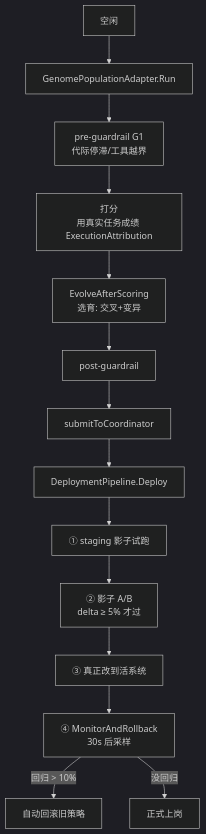
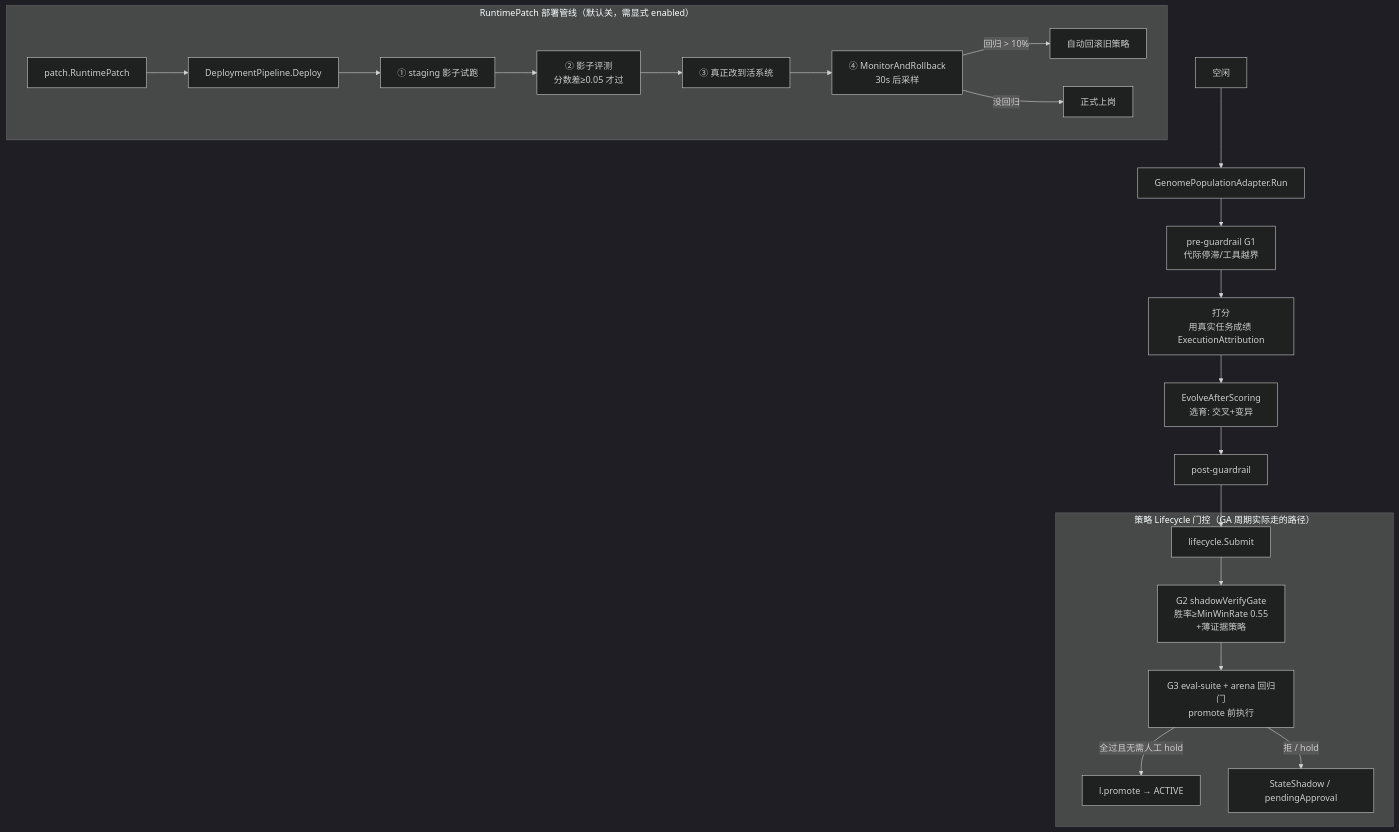
One commit to Timwood0x10/ARES changed diagram 13 of 26 in docs/system-internals.zh.md. Above: the diagram before and after it, drawn with Mermaid (dark theme). The commit also changed other lines of this file and 4 other files, not shown here.

````diff
--- a/docs/system-internals.zh.md
+++ b/docs/system-internals.zh.md
@@ -1238,16 +1414,24 @@
 ```mermaid
 flowchart TD
     idle[空闲] --> run[GenomePopulationAdapter.Run]
     run --> guard1[pre-guardrail G1<br/>代际停滞/工具越界]
     guard1 --> score[打分<br/>用真实任务成绩 ExecutionAttribution]
     score --> breed[EvolveAfterScoring<br/>选育: 交叉+变异]
     breed --> guard2[post-guardrail]
-    guard2 --> submit[submitToCoordinator]
-    submit --> deploy[DeploymentPipeline.Deploy]
-    deploy --> stage[① staging 影子试跑]
-    stage --> aB[② 影子 A/B<br/>delta ≥ 5% 才过]
-    aB --> live[③ 真正改到活系统]
-    live --> monitor[④ MonitorAndRollback<br/>30s 后采样]
-    monitor -->|回归 > 10%| rollback[自动回滚旧策略]
-    monitor -->|没回归| done[正式上岗]
+    guard2 --> submit[lifecycle.Submit]
+    subgraph PathA [策略 Lifecycle 门控（GA 周期实际走的路径）]
+        submit --> g2[G2 shadowVerifyGate<br/>胜率≥MinWinRate 0.55<br/>+薄证据策略]
+        g2 --> g3[G3 eval-suite + arena 回归门<br/>promote 前执行]
+        g3 -->|全过且无需人工 hold| promote[l.promote → ACTIVE]
+        g3 -->|拒 / hold| hold[StateShadow / pendingApproval]
+    end
+    subgraph PathB [RuntimePatch 部署管线（默认关，需显式 enabled）]
+        patch[patch.RuntimePatch] --> deploy[DeploymentPipeline.Deploy]
+        deploy --> stage[① staging 影子试跑]
+        stage --> aB[② 影子评测<br/>分数差≥0.05 才过]
+        aB --> live[③ 真正改到活系统]
+        live --> monitor[④ MonitorAndRollback<br/>30s 后采样]
+        monitor -->|回归 > 10%| rollback[自动回滚旧策略]
+        monitor -->|没回归| done[正式上岗]
+    end
 ```
````
